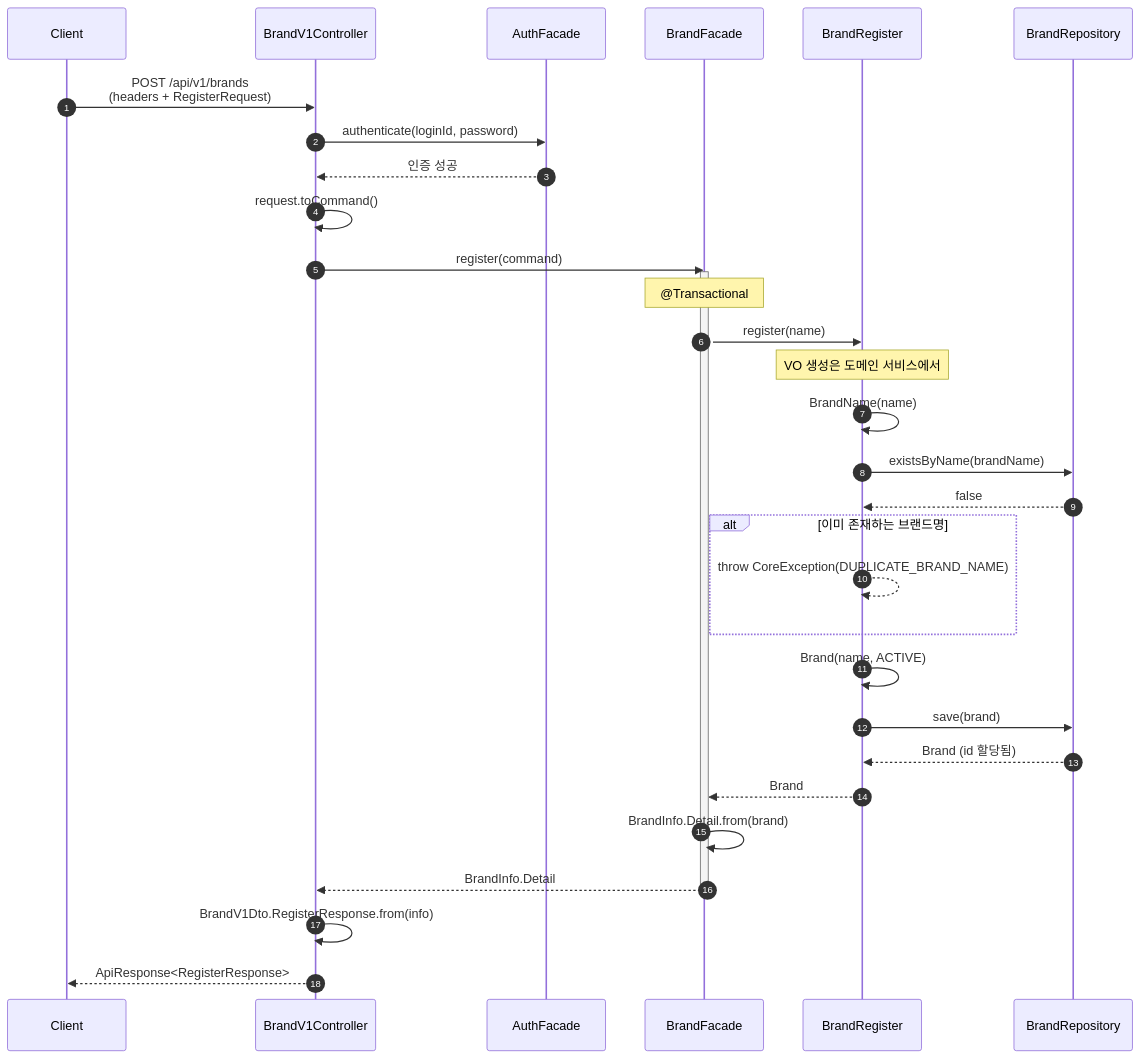
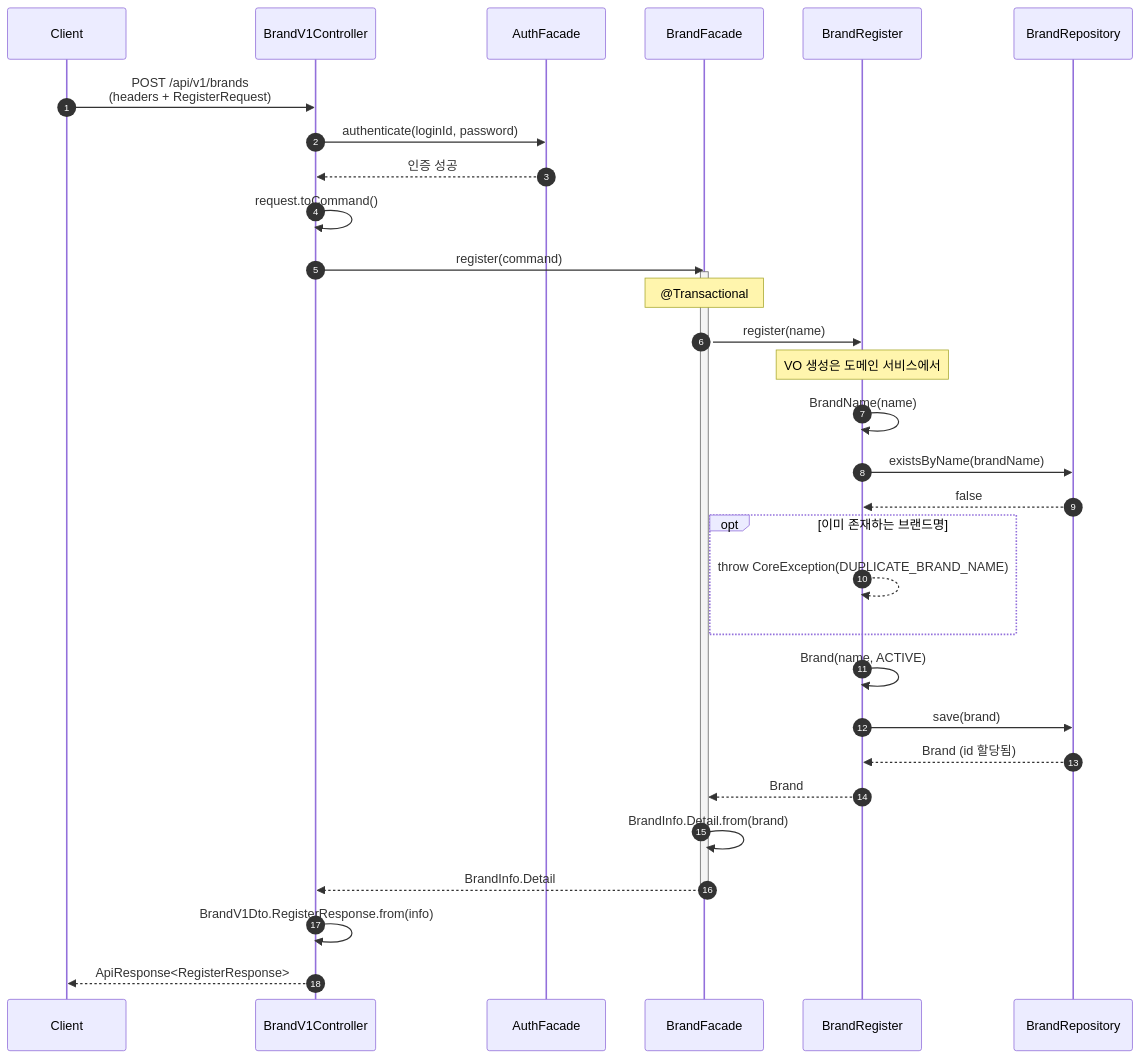
The second of 9 diagrams in .docs/design/02-sequence-diagrams.md (Loopers-dev-lab/loop-pack-be-l2-vol3-kotlin), drawn with Mermaid before and after one commit. The commit also changed other lines of this file and 1 other file, not shown here.

First line of the commit message:
docs(design): UML 표준 준수를 위한 다이어그램 표기법 수정

````diff
--- a/.docs/design/02-sequence-diagrams.md
+++ b/.docs/design/02-sequence-diagrams.md
@@ -51,45 +51,45 @@
 ```mermaid
 sequenceDiagram
     autonumber
     participant Client
     participant Controller as BrandV1Controller
     participant AuthFacade as AuthFacade
     participant Facade as BrandFacade
     participant Register as BrandRegister
     participant Repository as BrandRepository
 
     Client->>Controller: POST /api/v1/brands<br/>(headers + RegisterRequest)
     Controller->>AuthFacade: authenticate(loginId, password)
     AuthFacade-->>Controller: 인증 성공
 
     Controller->>Controller: request.toCommand()
     Controller->>Facade: register(command)
     activate Facade
 
     Note over Facade: @Transactional
 
     Facade->>Register: register(name)
 
     Note over Register: VO 생성은 도메인 서비스에서
 
     Register->>Register: BrandName(name)
 
     Register->>Repository: existsByName(brandName)
     Repository-->>Register: false
 
-    alt 이미 존재하는 브랜드명
+    opt 이미 존재하는 브랜드명
         Register-->>Register: throw CoreException(DUPLICATE_BRAND_NAME)
     end
 
     Register->>Register: Brand(name, ACTIVE)
     Register->>Repository: save(brand)
     Repository-->>Register: Brand (id 할당됨)
     Register-->>Facade: Brand
 
     Facade->>Facade: BrandInfo.Detail.from(brand)
     Facade-->>Controller: BrandInfo.Detail
     deactivate Facade
 
     Controller->>Controller: BrandV1Dto.RegisterResponse.from(info)
     Controller-->>Client: ApiResponse<RegisterResponse>
 ```
````
